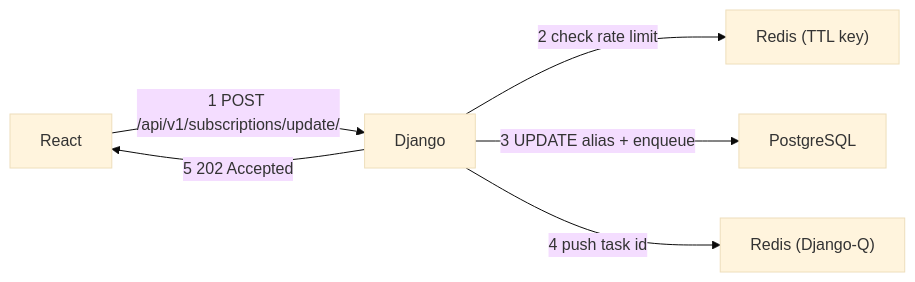
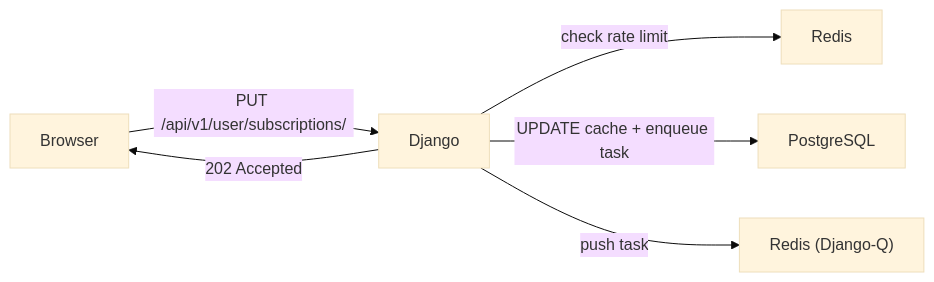
One commit to QWERTYPIG/2026-NASA3-Mail-Subscription changed the third of 4 diagrams in README.md. Above: the diagram before and after it, drawn with Mermaid (base theme). The commit also changed other lines of this file, not shown here.

````diff
--- a/README.md
+++ b/README.md
@@ -44,8 +71,8 @@
 ```mermaid
 flowchart LR
-  React["React"] -->|1 POST /api/v1/subscriptions/update/| Django["Django"]
-  Django -->|2 check rate limit| RedisTTL["Redis (TTL key)"]
-  Django -->|3 UPDATE alias + enqueue| PostgreSQL["PostgreSQL"]
-  Django -->|4 push task id| RedisQ["Redis (Django-Q)"]
-  Django -->|5 202 Accepted| React
+  Browser -->|PUT /api/v1/user/subscriptions/| Django
+  Django -->|check rate limit| Redis
+  Django -->|UPDATE cache + enqueue task| PostgreSQL
+  Django -->|push task| RedisQ["Redis (Django-Q)"]
+  Django -->|202 Accepted| Browser
 ```
````
